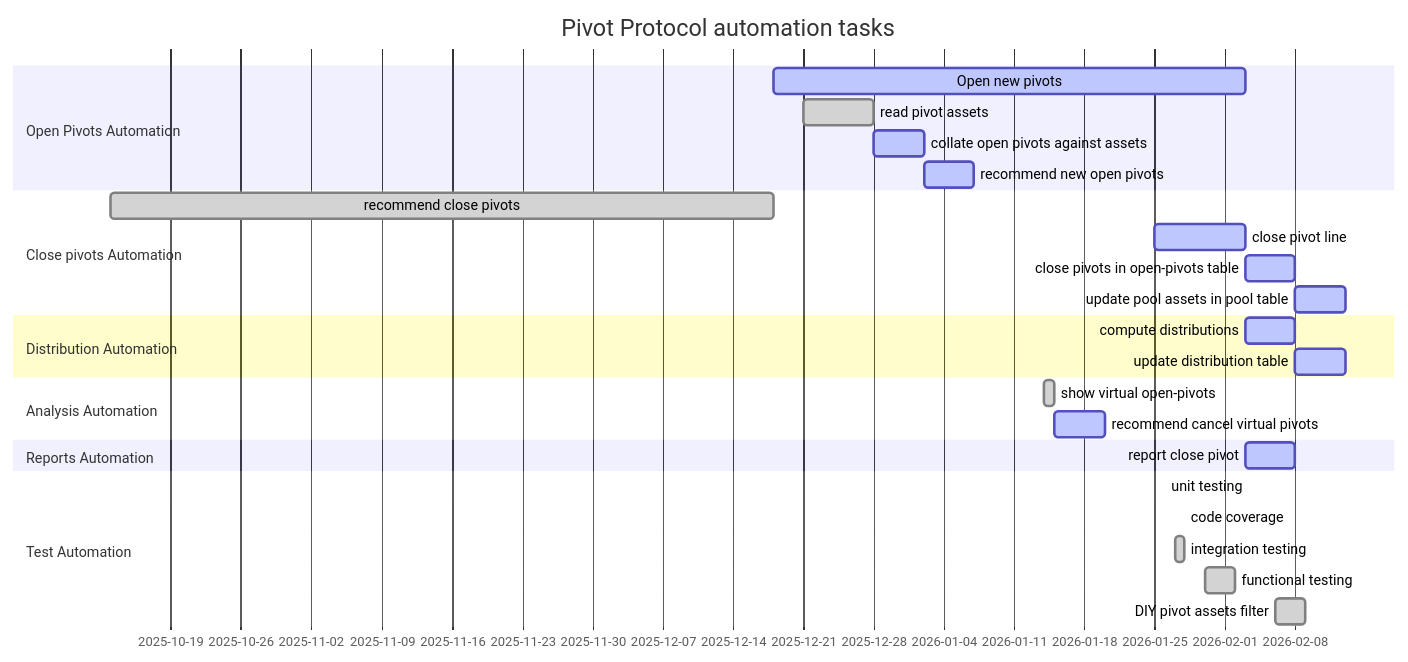
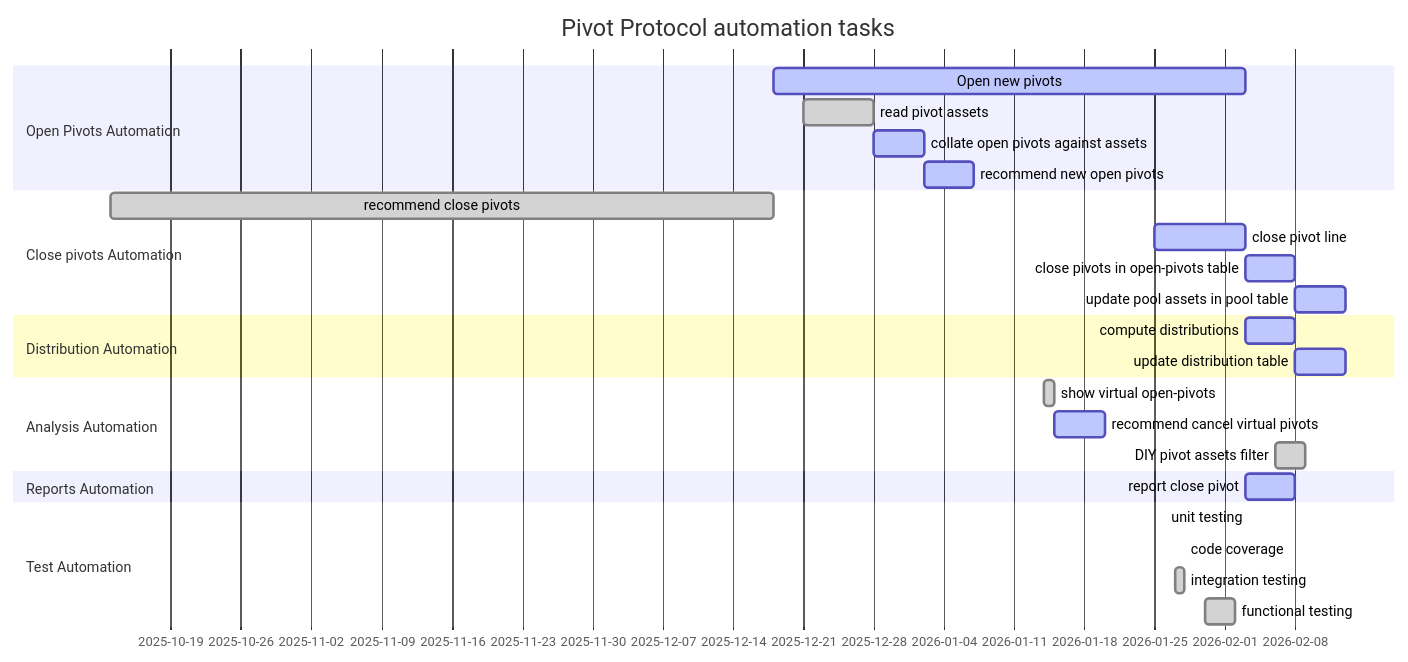
The second of 2 diagrams in README.md (pivoteur/protocol), drawn with Mermaid before and after one commit. The commit also changed other lines of this file, not shown here.

Commit message:
Move pool-assets automation to analysis section

````diff
--- a/README.md
+++ b/README.md
@@ -29,37 +29,37 @@
 ```mermaid
 
 gantt
 
 	dateFormat  YYYY-MM-DD
 	title       Pivot Protocol automation tasks
 
 	section Open Pivots Automation
 	Open new pivots	:active,	des2,	2025-12-18,	47d
 	read pivot assets	:done,	des3,	2025-12-21,	2025-12-28
 	collate open pivots against assets	:active,	des4,	after des3,	5d
 	recommend new open pivots	:active,	des5,	after des4,	5d
 
 	section Close pivots Automation
 	recommend close pivots	:done,	des6,	2025-10-13,	2025-12-18
 	close pivot line	:active,	des7,	2026-01-25,	9d
 	close pivots in open-pivots table	:active,	des10,	after des7,	5d
 	update pool assets in pool table	:active,	des11,	after des10,	5d
 
 	section Distribution Automation
 	compute distributions	:active,	des12,	after des7,	5d
 	update distribution table	:active,	des13,	after des12,	5d
 
 	section Analysis Automation
 	show virtual open-pivots	:done,	des14,	2026-01-14,	2026-01-15
 	recommend cancel virtual pivots	:active,	des15,	after des14,	5d
+	DIY pivot assets filter	:done,	des19,	2026-02-06,	2026-02-09
 
 	section Reports Automation
 	report close pivot	:active,	des16,	after des7,	5d
 
 	section Test Automation
 	unit testing	:done,	des17,	2026-01-26,	2026-01-26
 	code coverage	:done,	des18,	2026-01-28,	2026-01-28
 	integration testing	:done,	des8,	2026-01-27,	2026-01-28
 	functional testing	:done,	des9,	2026-01-30,	2026-02-02
-	DIY pivot assets filter	:done,	des19,	2026-02-06,	2026-02-09
 ```
````
